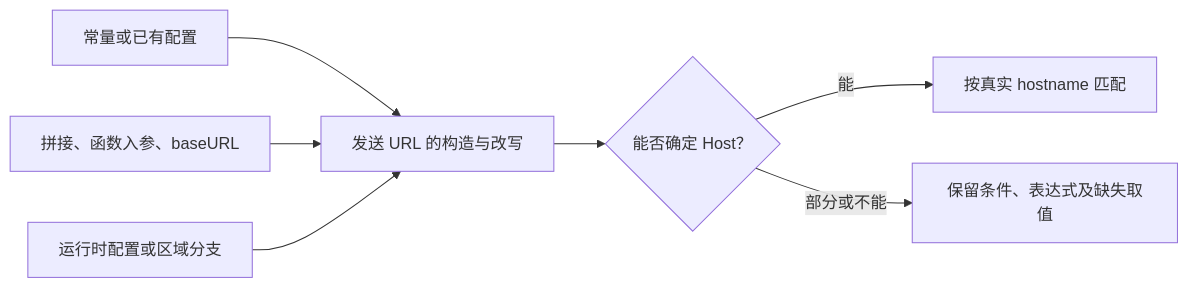
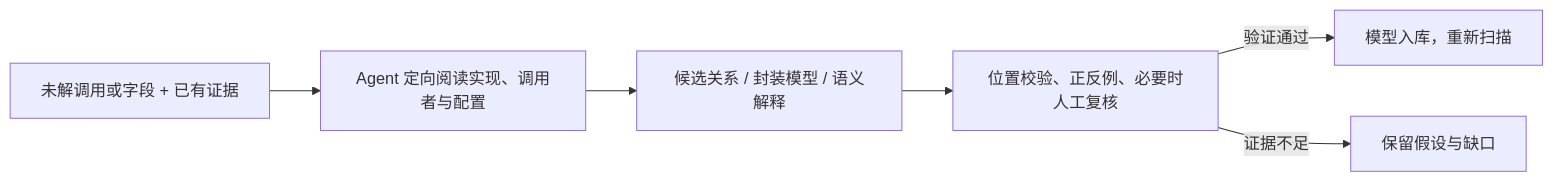
The third of 3 diagrams in docs/白盒方案.md (luohaijiang789/js-security), drawn with Mermaid before and after one commit. The commit also changed other lines of this file and 2 other files, not shown here.

````diff
--- a/docs/白盒方案.md
+++ b/docs/白盒方案.md
@@ -56,9 +183,8 @@
 ```mermaid
 flowchart LR
-    A["常量或已有配置"] --> U["发送 URL 的构造与改写"]
-    B["拼接、函数入参、baseURL"] --> U
-    C["运行时配置或区域分支"] --> U
-    U --> H{"能否确定 Host？"}
-    H -->|"能"| M["按真实 hostname 匹配"]
-    H -->|"部分或不能"| P["保留条件、表达式及缺失取值"]
+    U["未解调用或字段 + 已有证据"] --> A["Agent 定向阅读实现、调用者与配置"]
+    A --> C["候选关系 / 封装模型 / 语义解释"]
+    C --> V["位置校验、正反例、必要时人工复核"]
+    V -->|"验证通过"| R["模型入库，重新扫描"]
+    V -->|"证据不足"| K["保留假设与缺口"]
 ```
````
